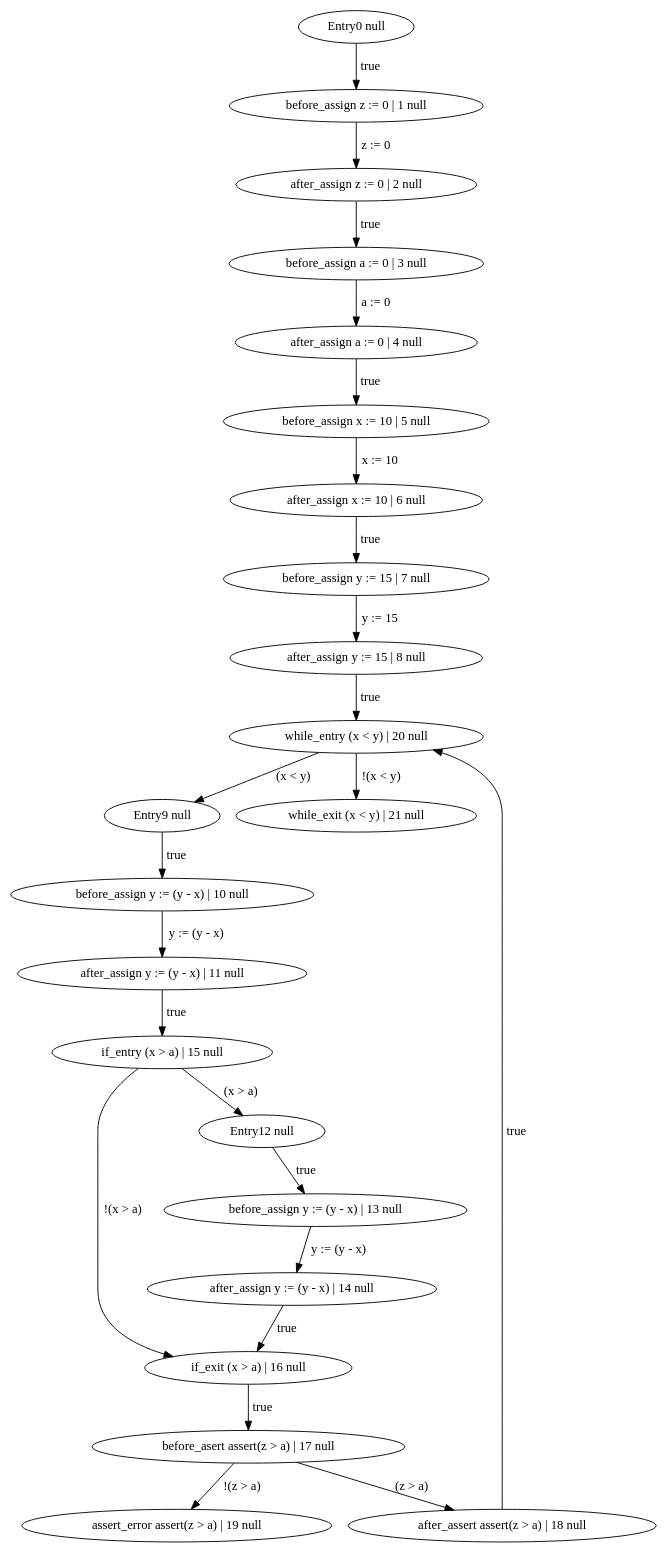
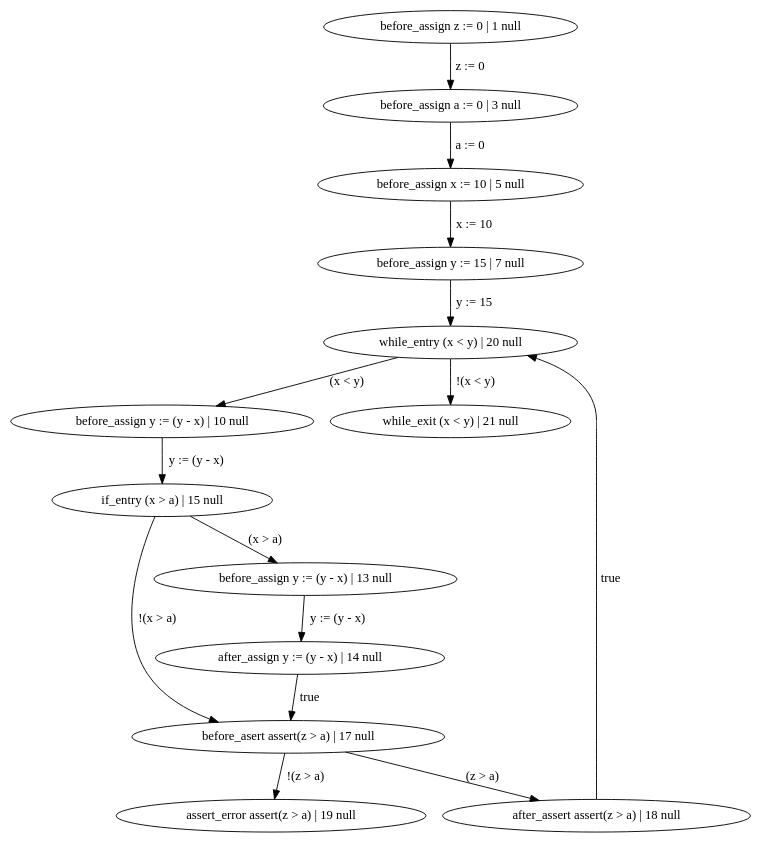
One commit to mike1796/TP_SAP changed the diagram in examples/testmicka.ff.dot. Above: the diagram before and after it, drawn with Graphviz. The commit also changed 2 other files, not shown here.

```diff
--- a/examples/testmicka.ff.dot
+++ b/examples/testmicka.ff.dot
@@ -1,48 +1,30 @@
 digraph g {
-"Entry0 null"->"before_assign z := 0 | 1 null"[label="true"]
+"before_assign z := 0 | 1 null"->"before_assign a := 0 | 3 null"[label="z := 0"]
 
-"before_assign z := 0 | 1 null"->"after_assign z := 0 | 2 null"[label="z := 0"]
+"before_assign a := 0 | 3 null"->"before_assign x := 10 | 5 null"[label="a := 0"]
 
-"after_assign z := 0 | 2 null"->"before_assign a := 0 | 3 null"[label="true"]
+"before_assign x := 10 | 5 null"->"before_assign y := 15 | 7 null"[label="x := 10"]
 
-"before_assign a := 0 | 3 null"->"after_assign a := 0 | 4 null"[label="a := 0"]
+"before_assign y := 15 | 7 null"->"while_entry (x < y) | 20 null"[label="y := 15"]
 
-"after_assign a := 0 | 4 null"->"before_assign x := 10 | 5 null"[label="true"]
-
-"before_assign x := 10 | 5 null"->"after_assign x := 10 | 6 null"[label="x := 10"]
-
-"after_assign x := 10 | 6 null"->"before_assign y := 15 | 7 null"[label="true"]
-
-"before_assign y := 15 | 7 null"->"after_assign y := 15 | 8 null"[label="y := 15"]
-
-"after_assign y := 15 | 8 null"->"while_entry (x < y) | 20 null"[label="true"]
-
-"while_entry (x < y) | 20 null"->"Entry9 null"[label="(x < y)"]
+"while_entry (x < y) | 20 null"->"before_assign y := (y - x) | 10 null"[label="(x < y)"]
 "while_entry (x < y) | 20 null"->"while_exit (x < y) | 21 null"[label="!(x < y)"]
 
-"Entry9 null"->"before_assign y := (y - x) | 10 null"[label="true"]
+"before_assign y := (y - x) | 10 null"->"if_entry (x > a) | 15 null"[label="y := (y - x)"]
 
-"before_assign y := (y - x) | 10 null"->"after_assign y := (y - x) | 11 null"[label="y := (y - x)"]
-
-"after_assign y := (y - x) | 11 null"->"if_entry (x > a) | 15 null"[label="true"]
-
-"if_entry (x > a) | 15 null"->"Entry12 null"[label="(x > a)"]
-"if_entry (x > a) | 15 null"->"if_exit (x > a) | 16 null"[label="!(x > a)"]
-
-"Entry12 null"->"before_assign y := (y - x) | 13 null"[label="true"]
+"if_entry (x > a) | 15 null"->"before_assign y := (y - x) | 13 null"[label="(x > a)"]
+"if_entry (x > a) | 15 null"->"before_asert assert(z > a) | 17 null"[label="!(x > a)"]
 
 "before_assign y := (y - x) | 13 null"->"after_assign y := (y - x) | 14 null"[label="y := (y - x)"]
 
-"after_assign y := (y - x) | 14 null"->"if_exit (x > a) | 16 null"[label="true"]
-
-"if_exit (x > a) | 16 null"->"before_asert assert(z > a) | 17 null"[label="true"]
+"after_assign y := (y - x) | 14 null"->"before_asert assert(z > a) | 17 null"[label="true"]
 
 "before_asert assert(z > a) | 17 null"->"after_assert assert(z > a) | 18 null"[label="(z > a)"]
 "before_asert assert(z > a) | 17 null"->"assert_error assert(z > a) | 19 null"[label="!(z > a)"]
 
 
 "after_assert assert(z > a) | 18 null"->"while_entry (x < y) | 20 null"[label="true"]
 
 
 
 }
```
